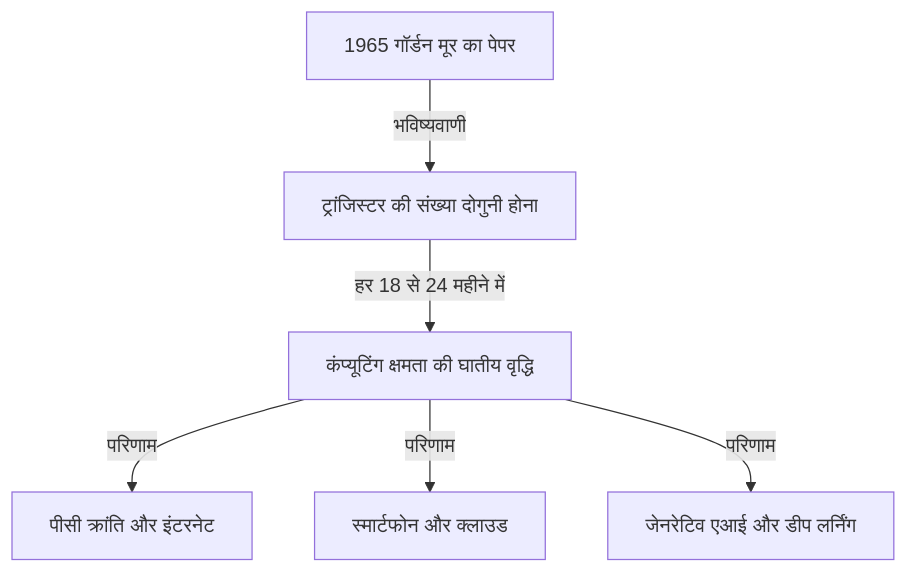
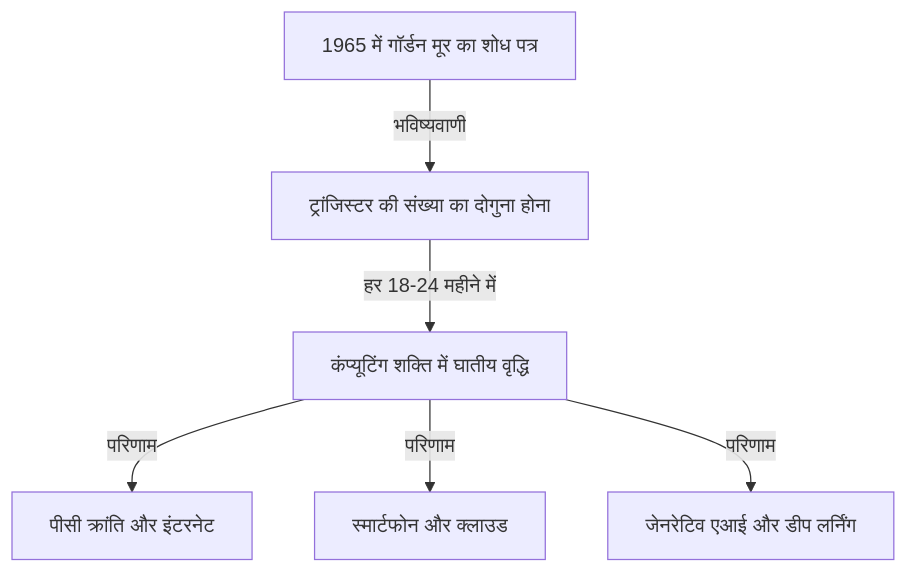
The first of 2 diagrams in content/post/business-moores-law/index.hi.md (kenjinote/blog), drawn with Mermaid before and after one commit. The commit also changed other lines of this file and 40 other files, not shown here.

````diff
--- a/content/post/business-moores-law/index.hi.md
+++ b/content/post/business-moores-law/index.hi.md
@@ -25,8 +25,8 @@
 ```mermaid
 graph TD
-    A["1965 गॉर्डन मूर का पेपर"] -- "भविष्यवाणी" --> B["ट्रांजिस्टर की संख्या दोगुनी होना"]
-    B -- "हर 18 से 24 महीने में" --> C["कंप्यूटिंग क्षमता की घातीय वृद्धि"]
+    A["1965 में गॉर्डन मूर का शोध पत्र"] -- "भविष्यवाणी" --> B["ट्रांजिस्टर की संख्या का दोगुना होना"]
+    B -- "हर 18-24 महीने में" --> C["कंप्यूटिंग शक्ति में घातीय वृद्धि"]
     C -- "परिणाम" --> D["पीसी क्रांति और इंटरनेट"]
     C -- "परिणाम" --> E["स्मार्टफोन और क्लाउड"]
     C -- "परिणाम" --> F["जेनरेटिव एआई और डीप लर्निंग"]
 ```
````
